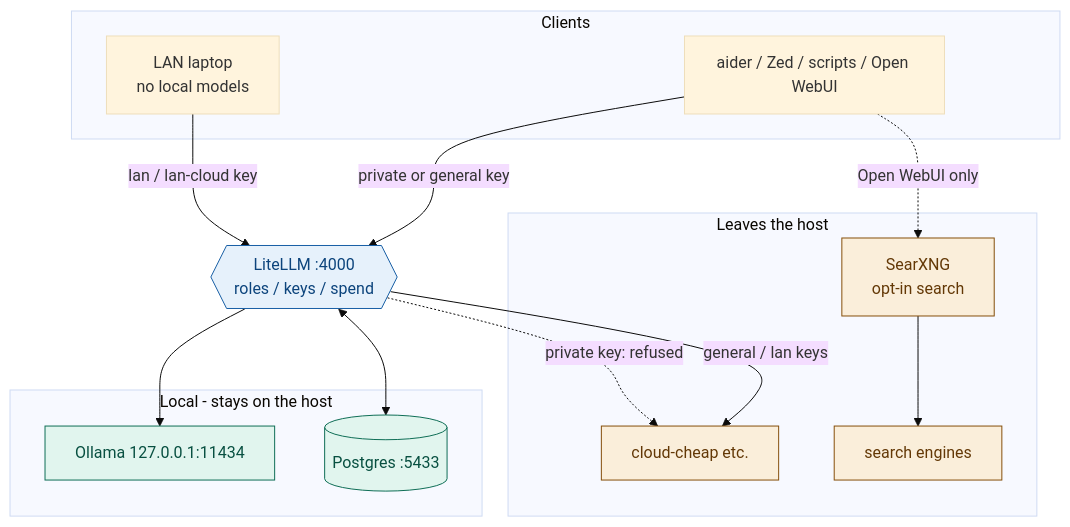
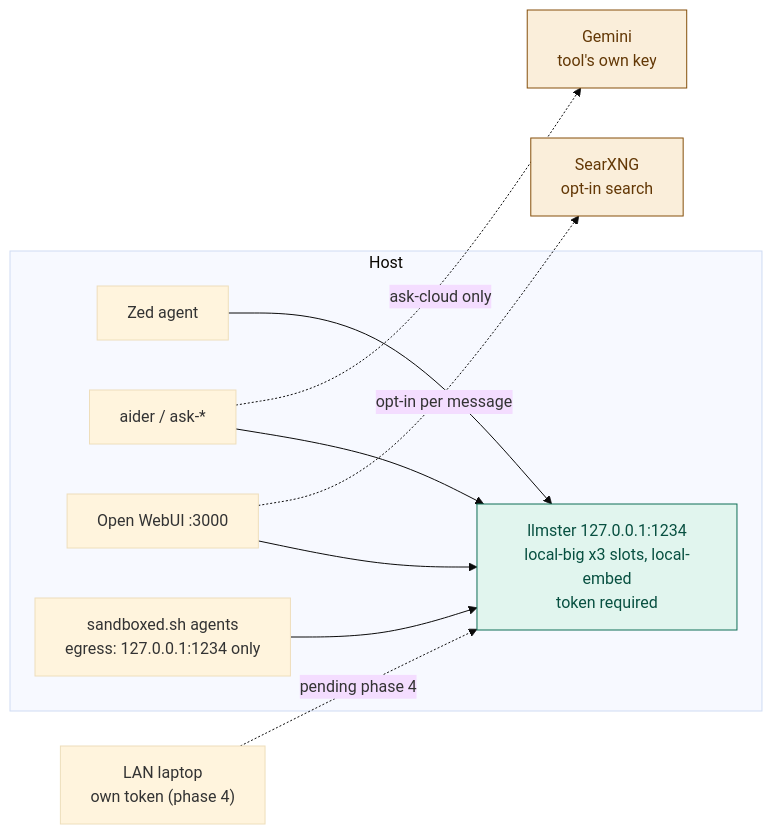
Before and after one commit to ouster/hearth: the diagram in README.md, drawn with Mermaid (base theme). The commit also changed other lines of this file and 21 other files, not shown here.

````diff
--- a/README.md
+++ b/README.md
@@ -24,36 +26,26 @@
 ```mermaid
-flowchart TB
-    subgraph clients["Clients"]
-        hostApps["aider / Zed / scripts / Open WebUI"]
-        laptop["LAN laptop<br/>no local models"]
+flowchart LR
+    subgraph host["Host"]
+        zed["Zed agent"]
+        aider["aider / ask-*"]
+        webui["Open WebUI :3000"]
+        sbx["sandboxed.sh agents<br/>egress: 127.0.0.1:1234 only"]
+        lms["llmster 127.0.0.1:1234<br/>local-big x3 slots, local-embed<br/>token required"]
     end
+    laptop["LAN laptop<br/>own token (phase 4)"]
+    cloud["Gemini<br/>tool's own key"]
+    searx["SearXNG<br/>opt-in search"]
 
-    gw{{"LiteLLM :4000<br/>roles / keys / spend"}}
-
-    subgraph local["Local - stays on the host"]
-        ollama["Ollama 127.0.0.1:11434"]
-        pg[("Postgres :5433")]
-    end
-
-    subgraph leave["Leaves the host"]
-        cloud["cloud-cheap etc."]
-        searx["SearXNG<br/>opt-in search"]
-        web["search engines"]
-    end
-
-    hostApps -->|"private or general key"| gw
-    laptop -->|"lan / lan-cloud key"| gw
-    gw --> ollama
-    gw <--> pg
-    gw -->|"general / lan keys"| cloud
-    gw -.->|"private key: refused"| cloud
-    hostApps -.->|"Open WebUI only"| searx
-    searx --> web
+    zed --> lms
+    aider --> lms
+    webui --> lms
+    sbx --> lms
+    laptop -.->|"pending phase 4"| lms
+    aider -.->|"ask-cloud only"| cloud
+    webui -.->|"opt-in per message"| searx
 
     classDef localCls fill:#E1F5EE,stroke:#0F6E56,color:#085041
     classDef leaveCls fill:#FAEEDA,stroke:#854F0B,color:#633806
-    classDef gwCls fill:#E6F1FB,stroke:#185FA5,color:#0C447C
-    class ollama,pg localCls
-    class cloud,searx,web leaveCls
-    class gw gwCls
+    class lms localCls
+    class cloud,searx leaveCls
 ```
````
